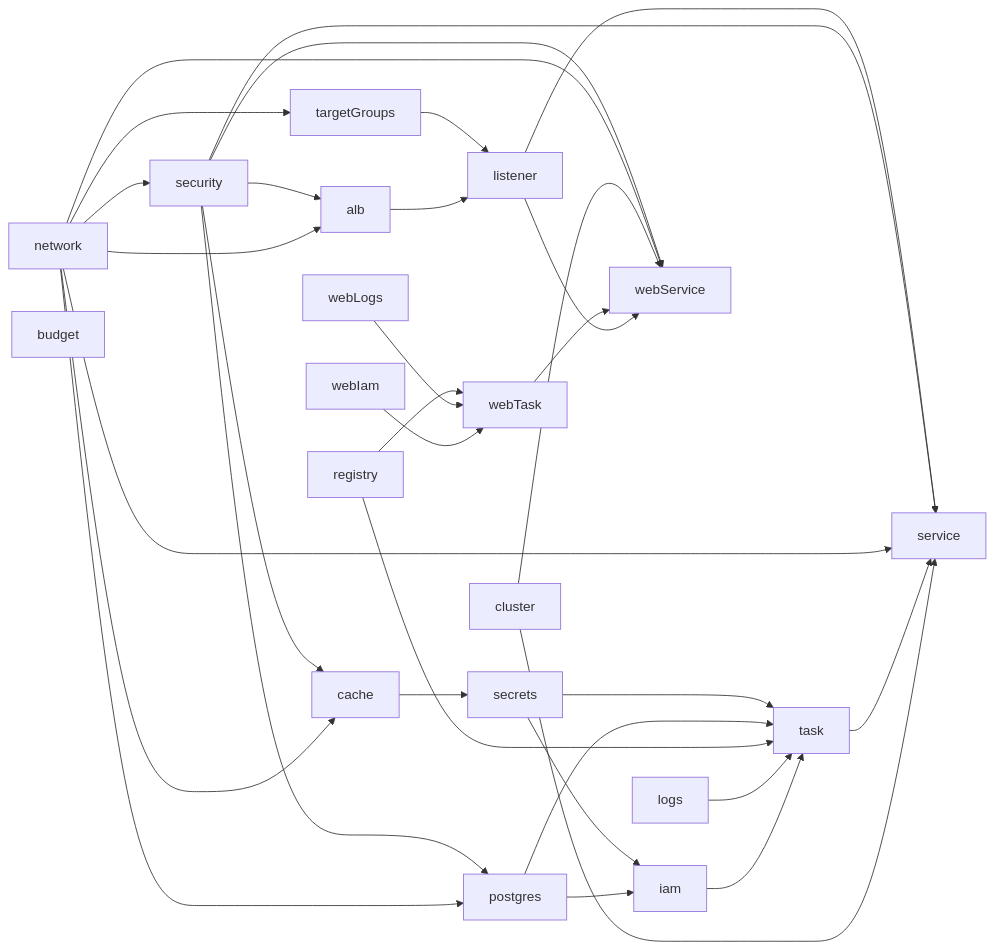
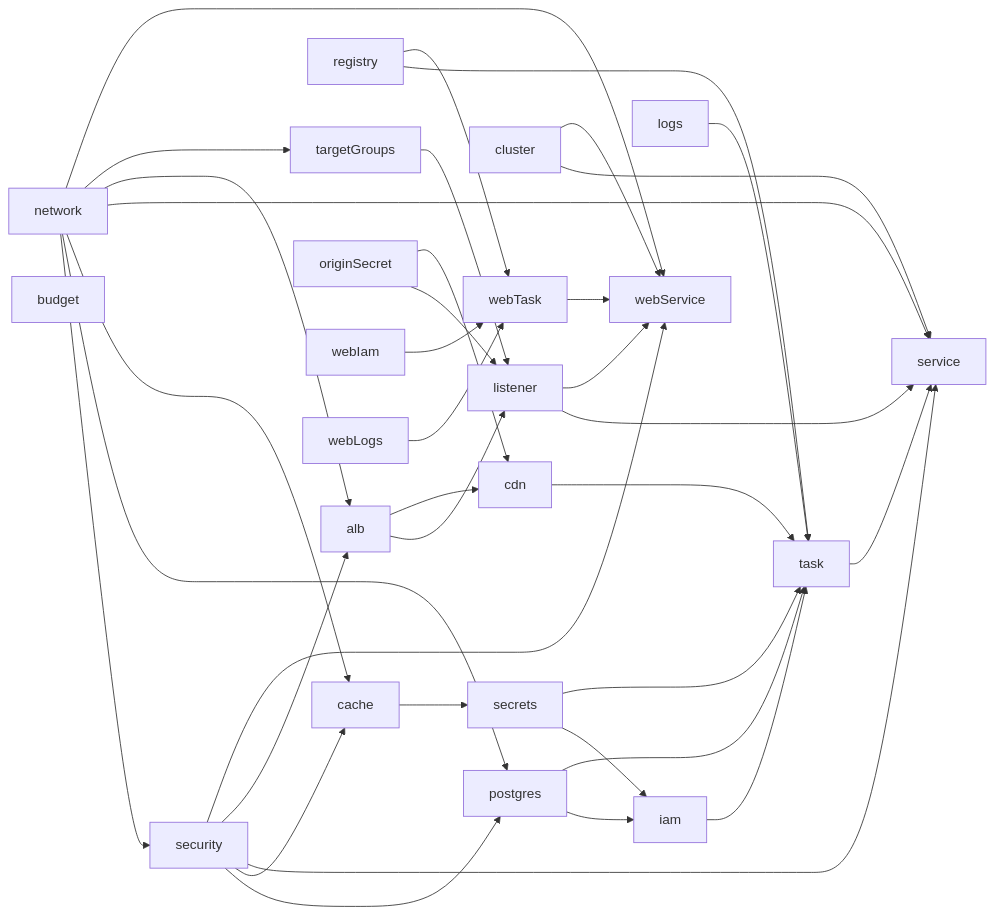
Before and after one commit to maheshnd/minitickets: the third of 3 diagrams in docs/00-architecture.md, drawn with Mermaid. The commit also changed other lines of this file and 17 other files, not shown here.

````diff
--- a/docs/00-architecture.md
+++ b/docs/00-architecture.md
@@ -79,35 +89,39 @@
 ```mermaid
 flowchart LR
     network --> security
     network --> postgres
     security --> postgres
     network --> cache
     security --> cache
     cache --> secrets
     postgres --> iam
     secrets --> iam
     iam --> task
     logs --> task
     registry --> task
     postgres --> task
     secrets --> task
     cluster --> service
     task --> service
     network --> service
     security --> service
     network --> alb
     security --> alb
     network --> targetGroups
     alb --> listener
     targetGroups --> listener
+    originSecret --> listener
+    alb --> cdn
+    originSecret --> cdn
+    cdn --> task
     listener --> service
     listener --> webService
     webIam --> webTask
     webLogs --> webTask
     registry --> webTask
     webTask --> webService
     cluster --> webService
     network --> webService
     security --> webService
     budget
 ```
````
